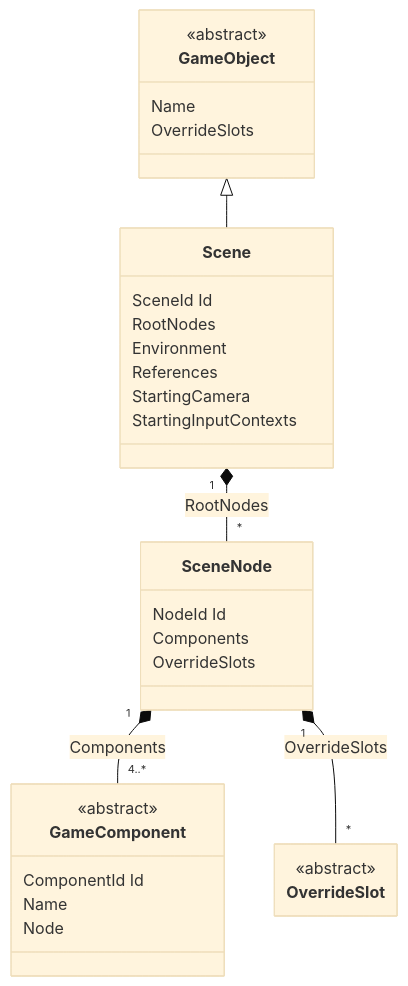
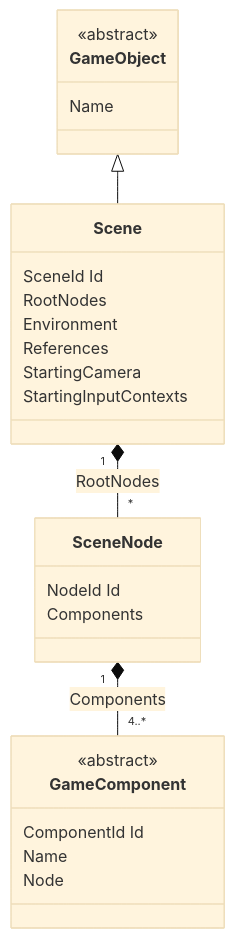
The second of 6 diagrams in projects/Oxygen.Editor.World/README.md (abdes/DroidNet), drawn with Mermaid (base theme) before and after one commit. The commit also changed other lines of this file and 203 other files, not shown here.

````diff
--- a/projects/Oxygen.Editor.World/README.md
+++ b/projects/Oxygen.Editor.World/README.md
@@ -68,42 +68,36 @@
 ```mermaid
 ---
 config:
   class:
     hideEmptyMembersBox: true
 ---
 classDiagram
     direction TB
 
     class GameObject {
         <<abstract>>
         Name
-        OverrideSlots
     }
     class Scene {
         SceneId Id
         RootNodes
         Environment
         References
         StartingCamera
         StartingInputContexts
     }
     class SceneNode {
         NodeId Id
         Components
-        OverrideSlots
     }
     class GameComponent {
         <<abstract>>
         ComponentId Id
         Name
         Node
     }
-    class OverrideSlot {
-        <<abstract>>
-    }
 
     GameObject <|-- Scene
     Scene "1" *-- "*" SceneNode : RootNodes
     SceneNode "1" *-- "4..*" GameComponent : Components
-    SceneNode "1" *-- "*" OverrideSlot : OverrideSlots
 ```
````
